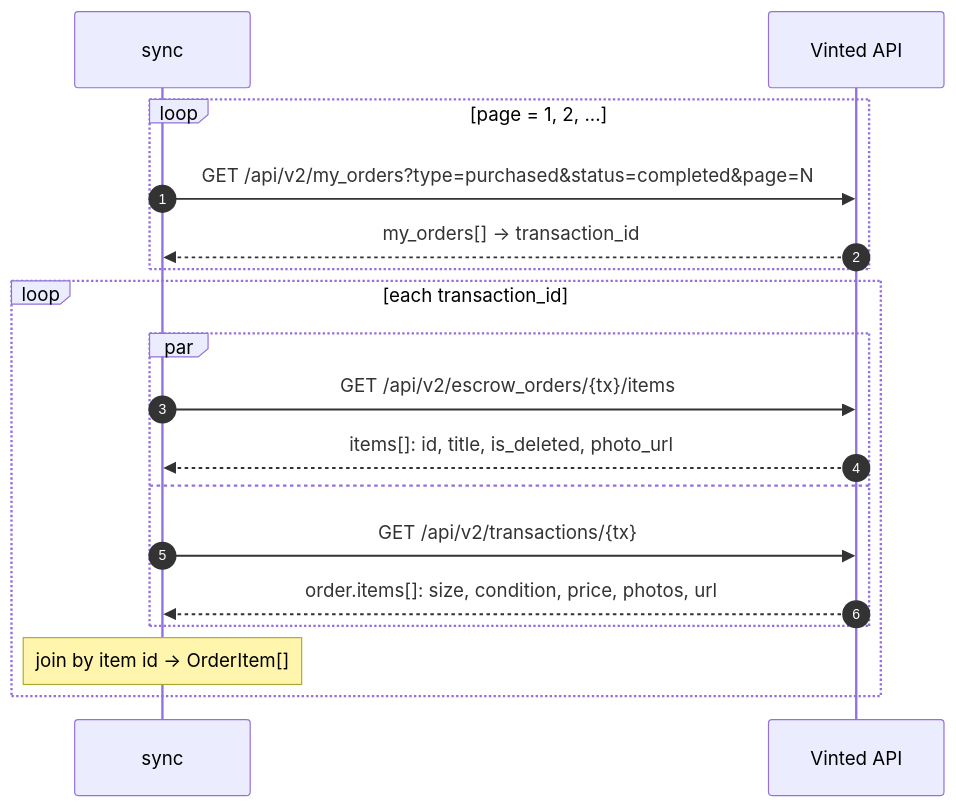
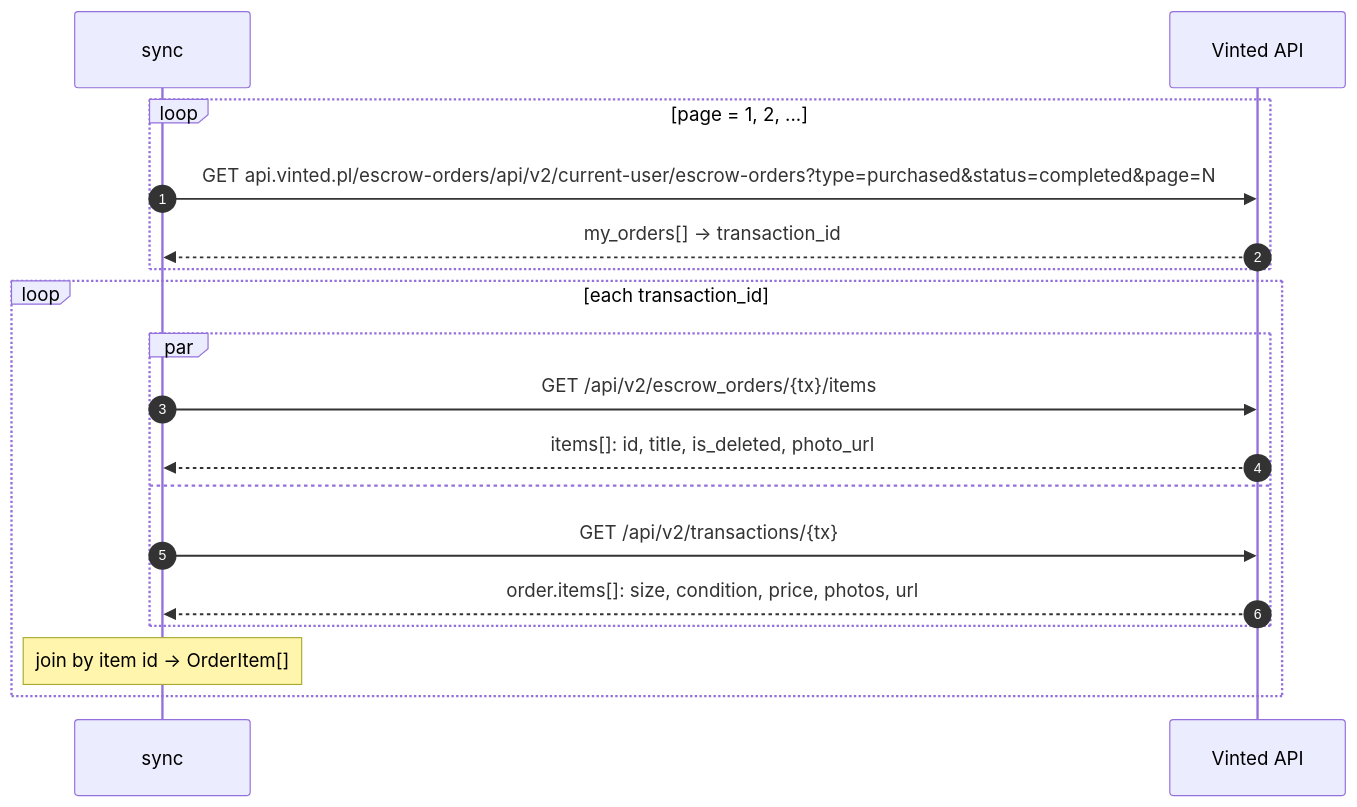
Before and after one commit to py-py/vinted: the diagram in vinted/README.md, drawn with Mermaid. The commit also changed 13 other files, not shown here.

Commit message:
Use escrow-orders API for account order sync

````diff
--- a/vinted/README.md
+++ b/vinted/README.md
@@ -5,22 +5,22 @@
 ```mermaid
 sequenceDiagram
     autonumber
     participant S as sync
     participant V as Vinted API
 
     loop page = 1, 2, ...
-        S->>V: GET /api/v2/my_orders?type=purchased&status=completed&page=N
+        S->>V: GET api.vinted.pl/escrow-orders/api/v2/current-user/escrow-orders?type=purchased&status=completed&page=N
         V-->>S: my_orders[] → transaction_id
     end
 
     loop each transaction_id
         par
             S->>V: GET /api/v2/escrow_orders/{tx}/items
             V-->>S: items[]: id, title, is_deleted, photo_url
         and
             S->>V: GET /api/v2/transactions/{tx}
             V-->>S: order.items[]: size, condition, price, photos, url
         end
         Note over S: join by item id → OrderItem[]
     end
 ```
````
